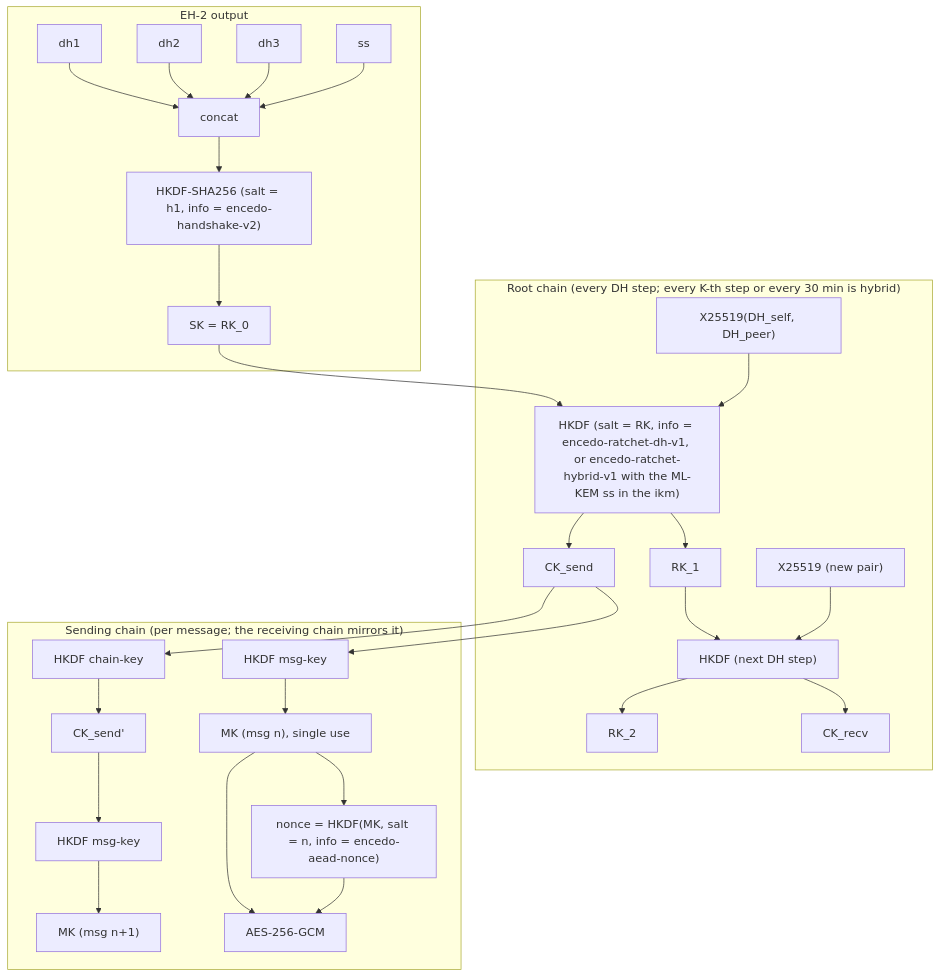
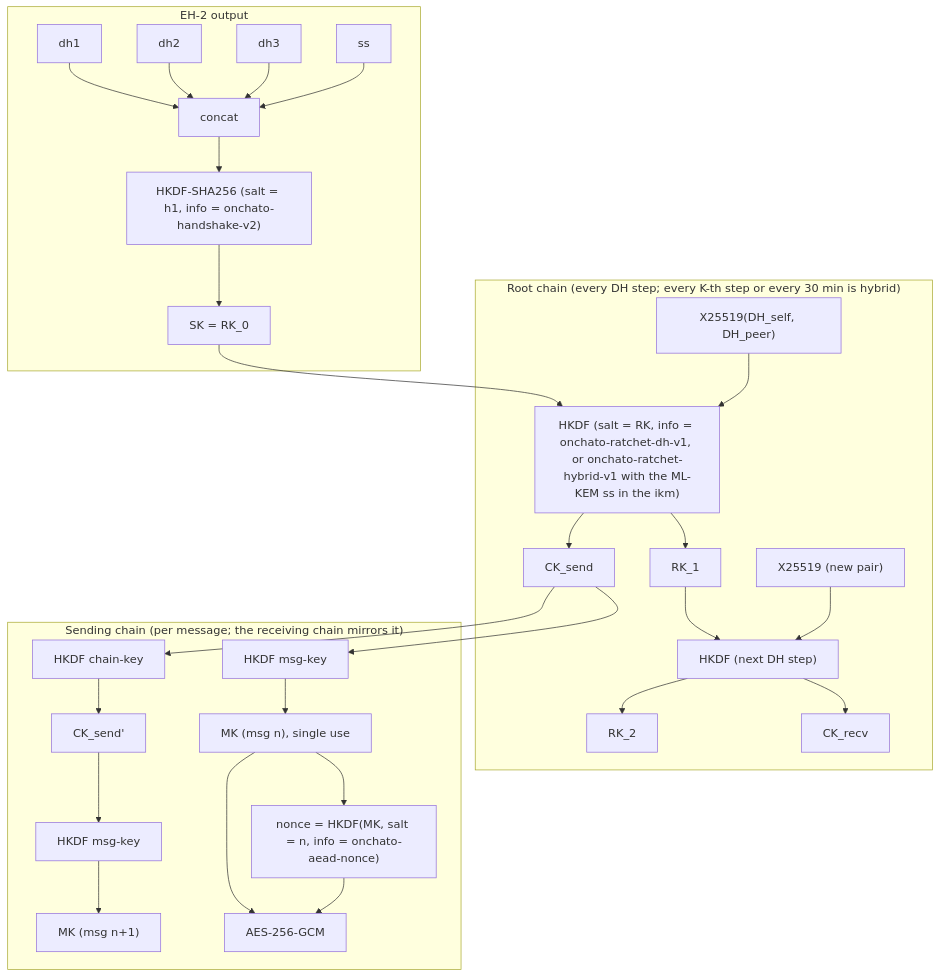
One commit to encedo/encedo-chat changed the third of 6 diagrams in docs/RATIONALE.md. Above: the diagram before and after it, drawn with Mermaid. The commit also changed other lines of this file and 44 other files, not shown here.

````diff
--- a/docs/RATIONALE.md
+++ b/docs/RATIONALE.md
@@ -416,31 +411,31 @@
 ```mermaid
 flowchart TD
     subgraph EH2 ["EH-2 output"]
         dh1 --> CAT[concat]
         dh2 --> CAT
         dh3 --> CAT
         ss --> CAT
-        CAT --> K0["HKDF-SHA256 (salt = h1, info = encedo-handshake-v2)"]
+        CAT --> K0["HKDF-SHA256 (salt = h1, info = onchato-handshake-v2)"]
         K0 --> SK["SK = RK_0"]
     end
 
     subgraph ROOT ["Root chain (every DH step; every K-th step or every 30 min is hybrid)"]
-        SK --> K1["HKDF (salt = RK, info = encedo-ratchet-dh-v1, or encedo-ratchet-hybrid-v1 with the ML-KEM ss in the ikm)"]
+        SK --> K1["HKDF (salt = RK, info = onchato-ratchet-dh-v1, or onchato-ratchet-hybrid-v1 with the ML-KEM ss in the ikm)"]
         DHa["X25519(DH_self, DH_peer)"] --> K1
         K1 --> RK1["RK_1"]
         K1 --> CKs["CK_send"]
         RK1 --> K2["HKDF (next DH step)"]
         DHb["X25519 (new pair)"] --> K2
         K2 --> RK2["RK_2"]
         K2 --> CKr["CK_recv"]
     end
 
     subgraph CHAIN ["Sending chain (per message; the receiving chain mirrors it)"]
         CKs --> M1["HKDF msg-key"] --> MK1["MK (msg n), single use"]
         CKs --> C1["HKDF chain-key"] --> CKs2["CK_send'"]
         CKs2 --> M2["HKDF msg-key"] --> MK2["MK (msg n+1)"]
-        MK1 --> N1["nonce = HKDF(MK, salt = n, info = encedo-aead-nonce)"]
+        MK1 --> N1["nonce = HKDF(MK, salt = n, info = onchato-aead-nonce)"]
         MK1 --> AE1["AES-256-GCM"]
         N1 --> AE1
     end
 ```
````
